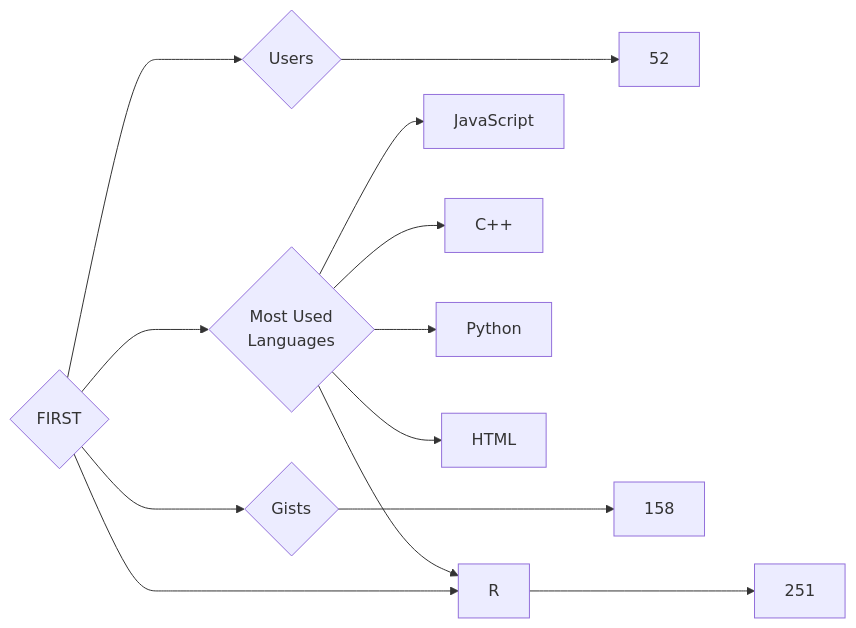
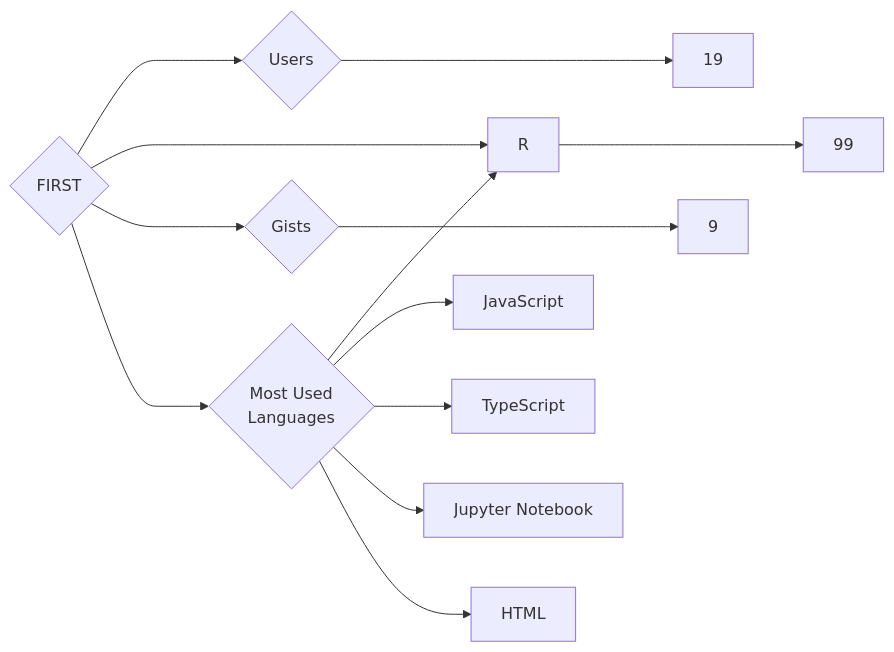
One commit to trickest/insiders changed the diagram in targets/FIRST/README.md. Above: the diagram before and after it, drawn with Mermaid. The commit also changed 951 other files, not shown here.

````diff
--- a/targets/FIRST/README.md
+++ b/targets/FIRST/README.md
@@ -3,13 +3,13 @@
 ```mermaid
 graph LR
 COMPANY_NAME{FIRST}
-COMPANY_NAME ---> U{Users} ---> UN[52]
-COMPANY_NAME ---> R{Repositories} ---> RN[251]
-COMPANY_NAME ---> G{Gists} ---> GN[158]
+COMPANY_NAME ---> U{Users} ---> UN[19]
+COMPANY_NAME ---> R{Repositories} ---> RN[99]
+COMPANY_NAME ---> G{Gists} ---> GN[9]
 COMPANY_NAME ---> ML{Most Used<br>Languages}
+ML --> R[R]
 ML --> JavaScript[JavaScript]
-ML --> C++[C++]
-ML --> Python[Python]
-ML --> R[R]
+ML --> TypeScript[TypeScript]
+ML --> Jupyter_Notebook[Jupyter Notebook]
 ML --> HTML[HTML]
 ```
````
